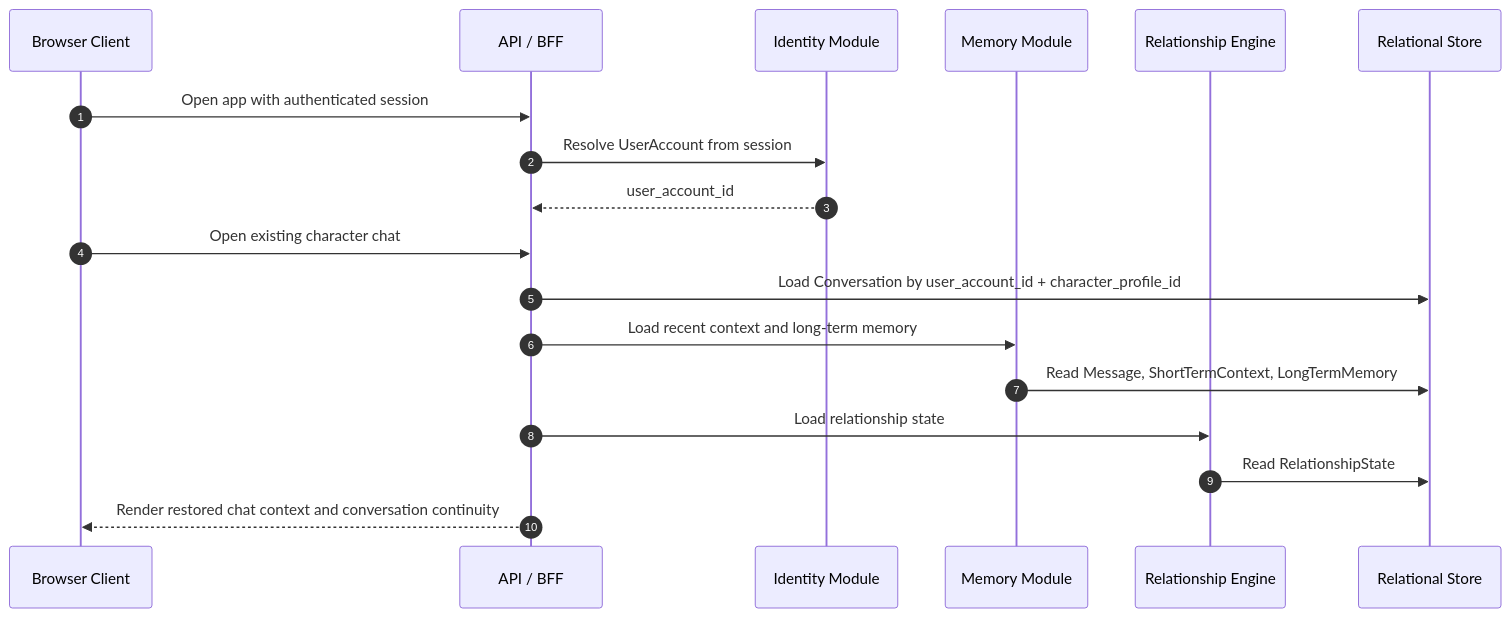
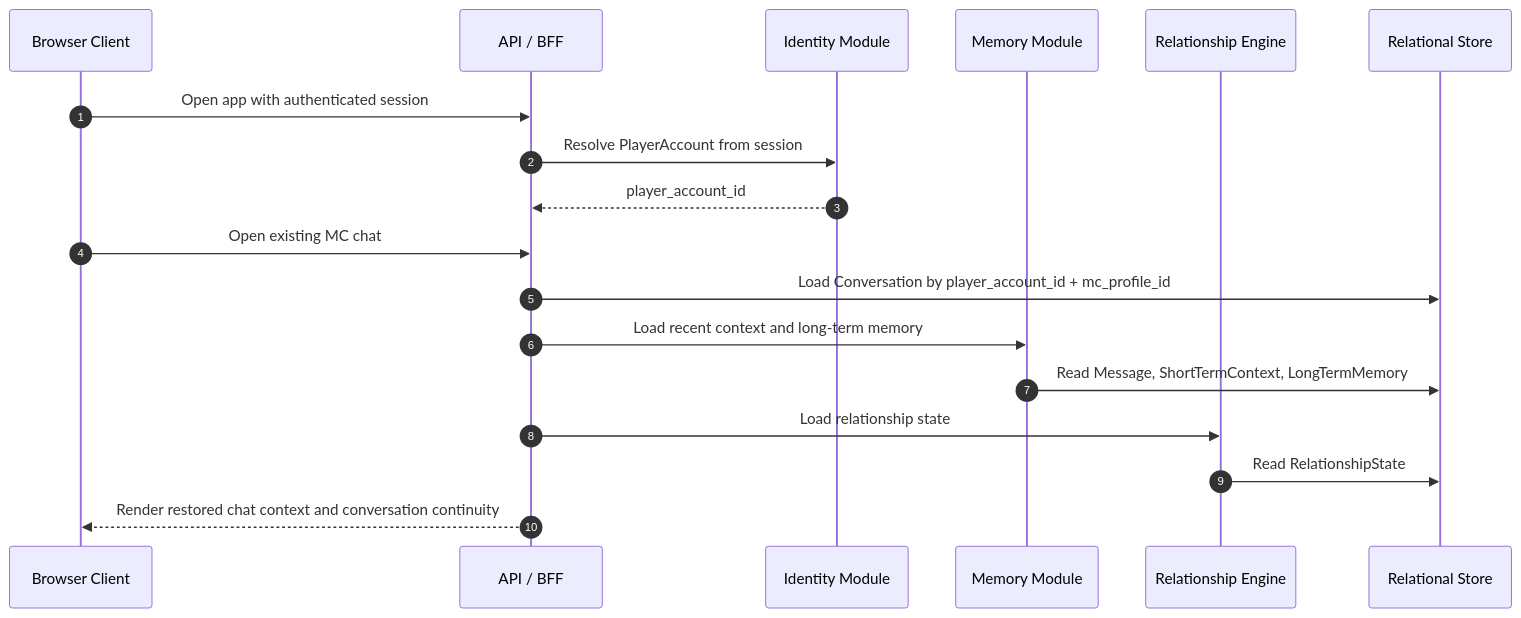
One commit to aa-aiera/renai_docs changed the fifth of 6 diagrams in docs/02_architecture/renai-game-llm-mvp-sequence-flows.md. Above: the diagram before and after it, drawn with Mermaid. The commit also changed other lines of this file and 16 other files, not shown here.

First line of the commit message:
Rename user/character to Player/MC; enforce phase1 policies

````diff
--- a/docs/02_architecture/renai-game-llm-mvp-sequence-flows.md
+++ b/docs/02_architecture/renai-game-llm-mvp-sequence-flows.md
@@ -278,23 +196,23 @@
 ```mermaid
 sequenceDiagram
     autonumber
     participant C as Browser Client
     participant API as API / BFF
     participant ID as Identity Module
     participant MEM as Memory Module
     participant REL as Relationship Engine
     participant DB as Relational Store
 
     C->>API: Open app with authenticated session
-    API->>ID: Resolve UserAccount from session
-    ID-->>API: user_account_id
+    API->>ID: Resolve PlayerAccount from session
+    ID-->>API: player_account_id
 
-    C->>API: Open existing character chat
-    API->>DB: Load Conversation by user_account_id + character_profile_id
+    C->>API: Open existing MC chat
+    API->>DB: Load Conversation by player_account_id + mc_profile_id
     API->>MEM: Load recent context and long-term memory
     MEM->>DB: Read Message, ShortTermContext, LongTermMemory
     API->>REL: Load relationship state
     REL->>DB: Read RelationshipState
 
     API-->>C: Render restored chat context and conversation continuity
 ```
````
